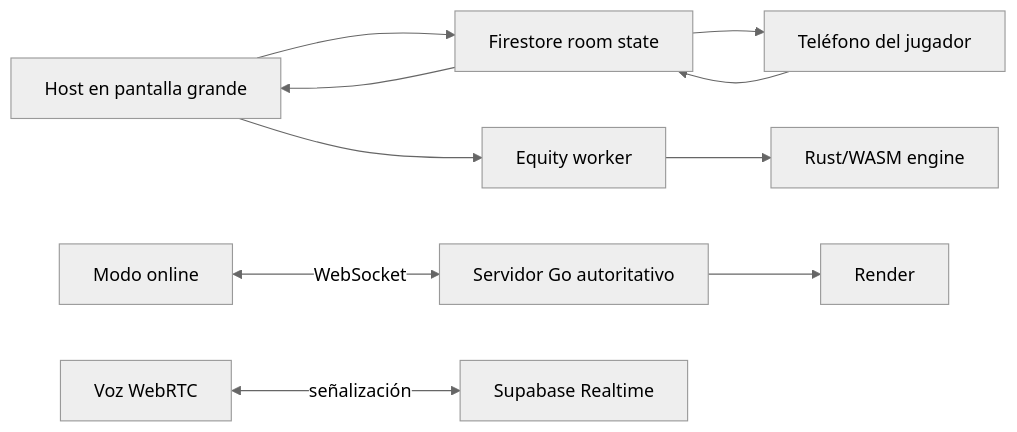
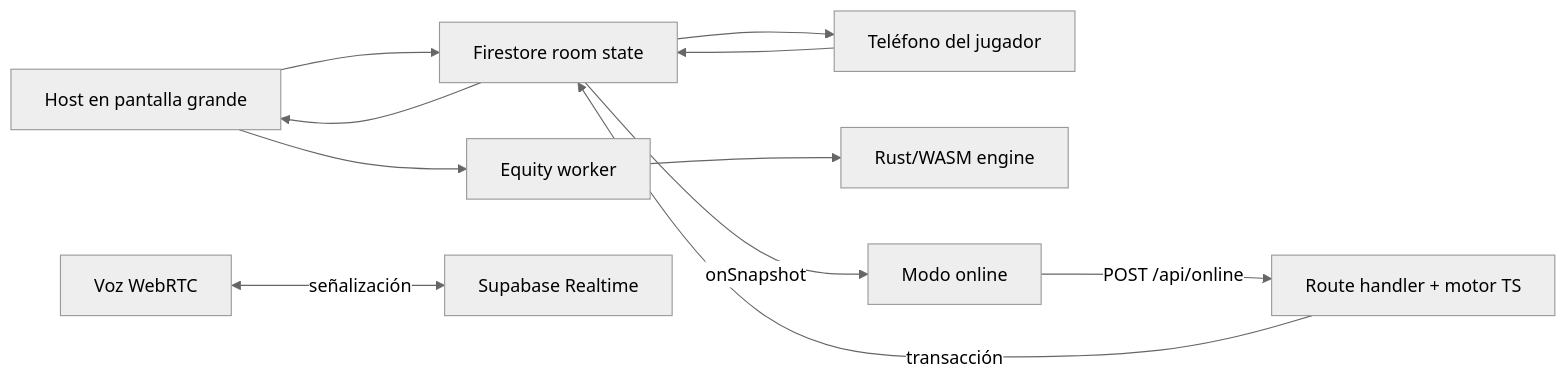
Before and after one commit to MrxHuaang/Noir-Poker: the diagram in README.md, drawn with Mermaid (neutral theme). The commit also changed other lines of this file and 8 other files, not shown here.

````diff
--- a/README.md
+++ b/README.md
@@ -42,12 +42,13 @@
 ```mermaid
 flowchart LR
   Host["Host en pantalla grande"] --> Firestore["Firestore room state"]
   Player["Teléfono del jugador"] --> Firestore
   Firestore --> Host
   Firestore --> Player
   Host --> Worker["Equity worker"]
   Worker --> WASM["Rust/WASM engine"]
-  Online["Modo online"] <-->|WebSocket| Go["Servidor Go autoritativo"]
-  Go --> Render["Render"]
+  Online["Modo online"] -->|POST /api/online| API["Route handler + motor TS"]
+  API -->|transacción| Firestore
+  Firestore -->|onSnapshot| Online
   Voice["Voz WebRTC"] <-->|señalización| Supabase["Supabase Realtime"]
 ```
````
